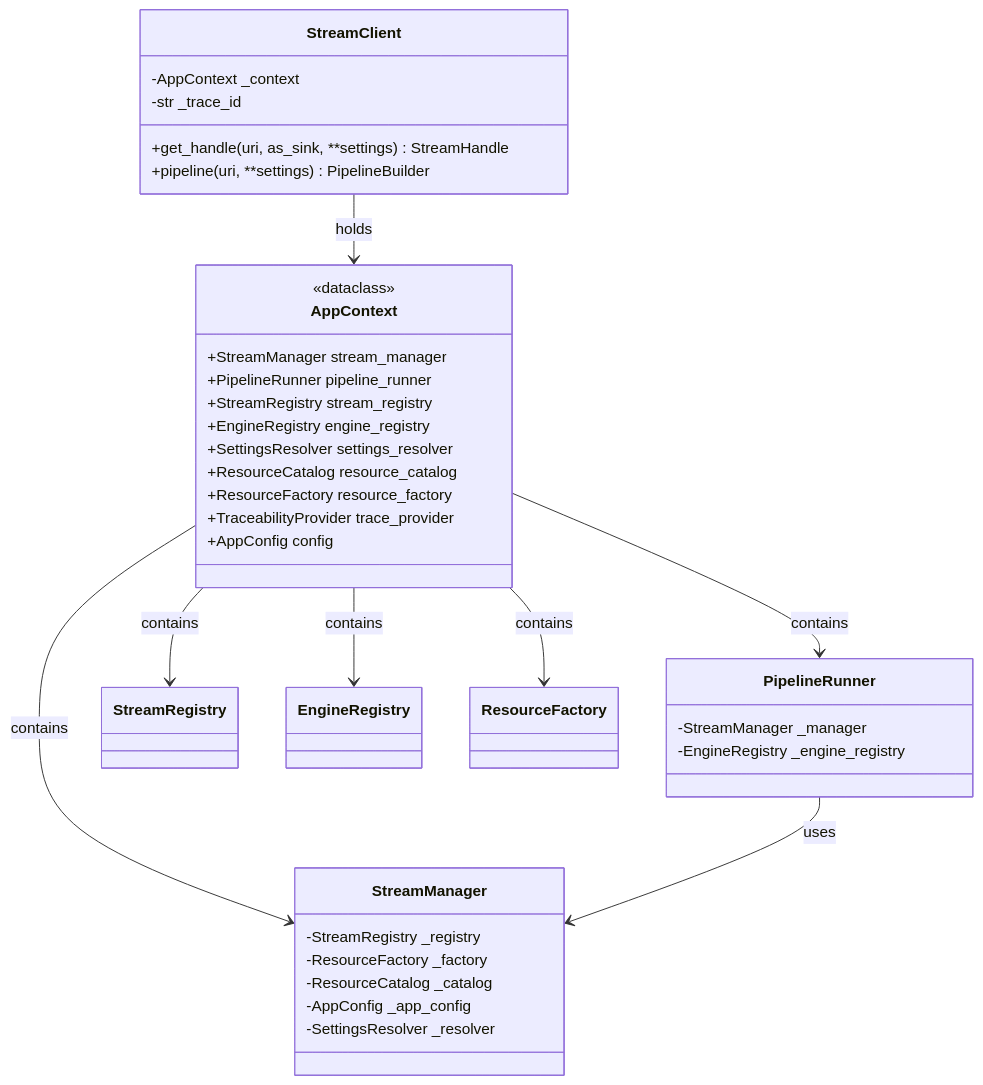
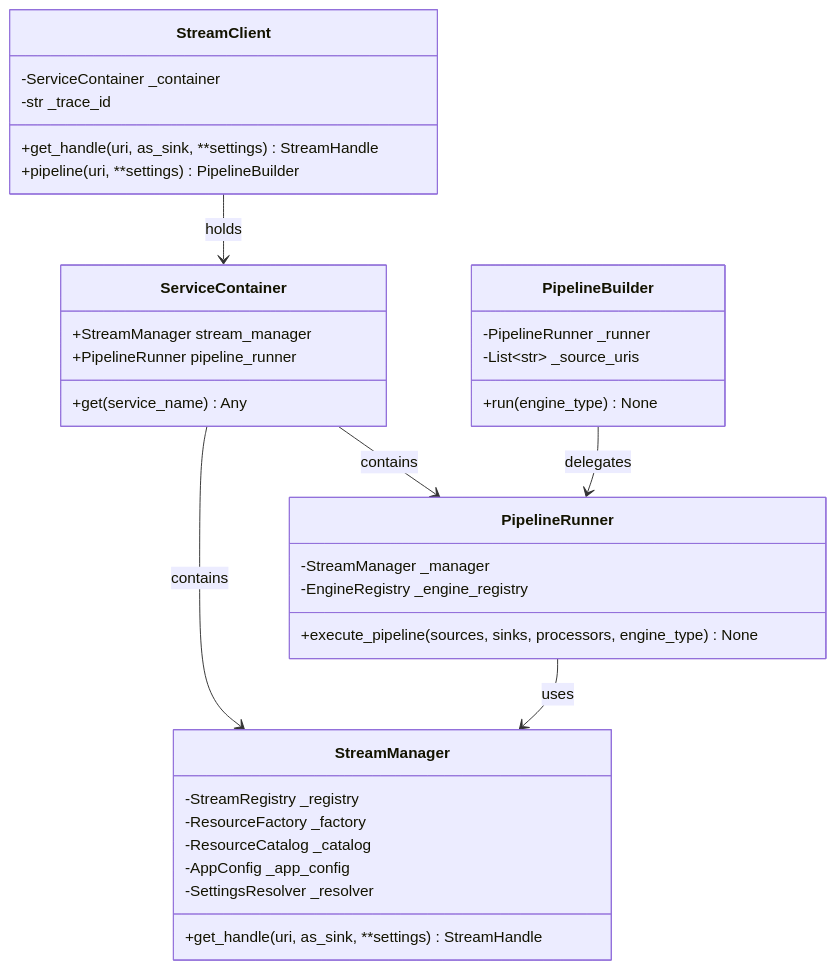
One commit to mnaatjes/etl-pipeline changed the first of 2 diagrams in docs/architecture_map.md. Above: the diagram before and after it, drawn with Mermaid. The commit also changed other lines of this file and 3 other files, not shown here.

Commit message:
moving to service container

````diff
--- a/docs/architecture_map.md
+++ b/docs/architecture_map.md
@@ -265,43 +37,44 @@
 ```mermaid
 classDiagram
+    %% Core Orchestration
     class StreamClient {
-        -AppContext _context
+        -ServiceContainer _container
         -str _trace_id
         +get_handle(uri, as_sink, **settings) StreamHandle
         +pipeline(uri, **settings) PipelineBuilder
     }
 
-    class AppContext {
-        <<dataclass>>
+    class ServiceContainer {
         +StreamManager stream_manager
         +PipelineRunner pipeline_runner
-        +StreamRegistry stream_registry
-        +EngineRegistry engine_registry
-        +SettingsResolver settings_resolver
-        +ResourceCatalog resource_catalog
-        +ResourceFactory resource_factory
-        +TraceabilityProvider trace_provider
-        +AppConfig config
+        +get(service_name) Any
     }
 
     class StreamManager {
         -StreamRegistry _registry
         -ResourceFactory _factory
         -ResourceCatalog _catalog
         -AppConfig _app_config
         -SettingsResolver _resolver
+        +get_handle(uri, as_sink, **settings) StreamHandle
+    }
+
+    class PipelineBuilder {
+        -PipelineRunner _runner
+        -List~str~ _source_uris
+        +run(engine_type) None
     }
 
     class PipelineRunner {
         -StreamManager _manager
         -EngineRegistry _engine_registry
+        +execute_pipeline(sources, sinks, processors, engine_type) None
     }
 
-    StreamClient --> AppContext : holds
-    AppContext --> StreamManager : contains
-    AppContext --> PipelineRunner : contains
-    AppContext --> StreamRegistry : contains
-    AppContext --> EngineRegistry : contains
-    AppContext --> ResourceFactory : contains
+    %% Relationships
+    StreamClient --> ServiceContainer : holds
+    ServiceContainer --> StreamManager : contains
+    ServiceContainer --> PipelineRunner : contains
+    PipelineBuilder --> PipelineRunner : delegates
     PipelineRunner --> StreamManager : uses
 ```
````
